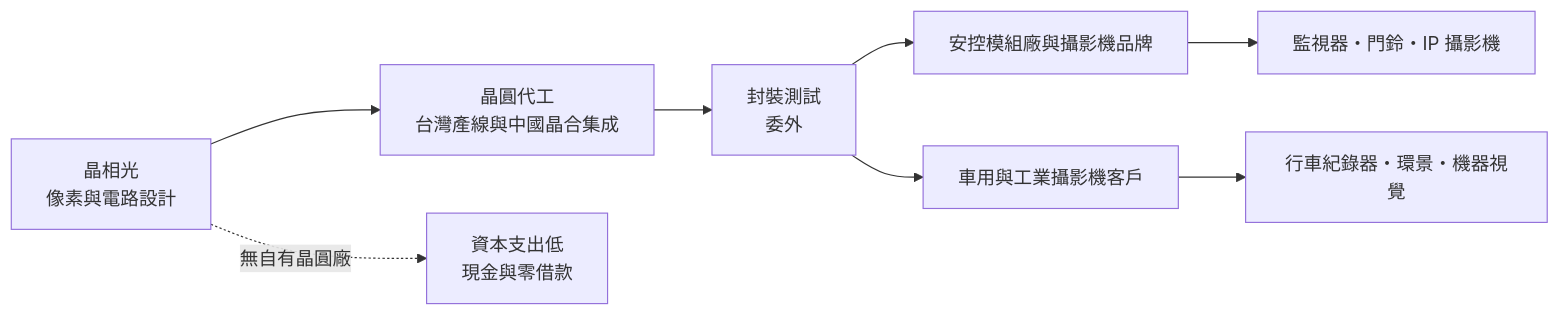
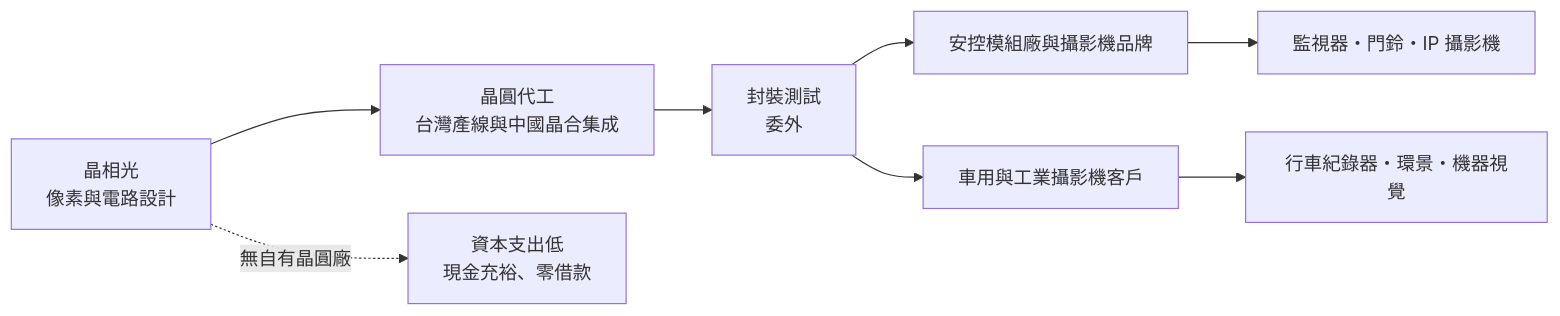
One commit to wangnick1004/taiwan-stock-vault changed the first of 3 diagrams in 個股/台股/3530晶相光.md. Above: the diagram before and after it, drawn with Mermaid. The commit also changed other lines of this file and 142 other files, not shown here.

````diff
--- a/個股/台股/3530晶相光.md
+++ b/個股/台股/3530晶相光.md
@@ -63,10 +62,10 @@
 ```mermaid
 flowchart LR
     A[晶相光<br/>像素與電路設計] --> B["晶圓代工<br/>台灣產線與中國晶合集成"]
     B --> C[封裝測試<br/>委外]
     C --> D[安控模組廠與攝影機品牌]
     C --> E[車用與工業攝影機客戶]
     D --> F[監視器・門鈴・IP 攝影機]
     E --> G[行車紀錄器・環景・機器視覺]
-    A -. 無自有晶圓廠 .-> H[資本支出低<br/>現金與零借款]
+    A -. 無自有晶圓廠 .-> H[資本支出低<br/>現金充裕、零借款]
 ```
````
